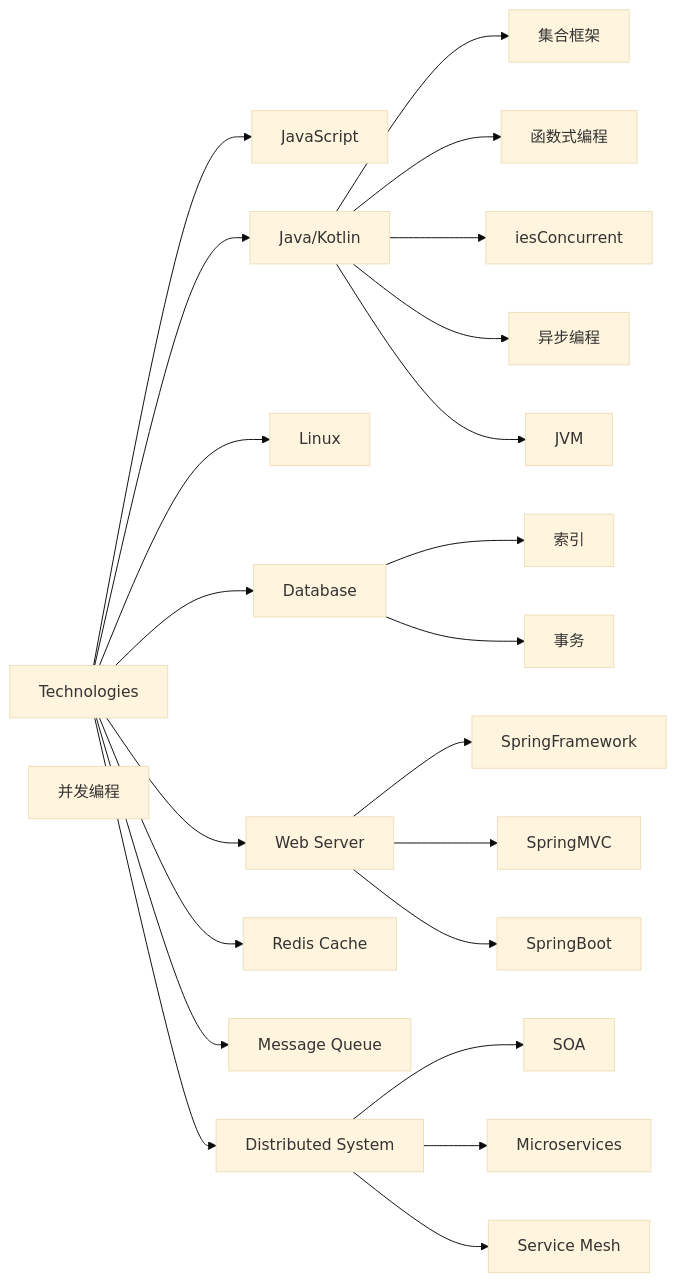
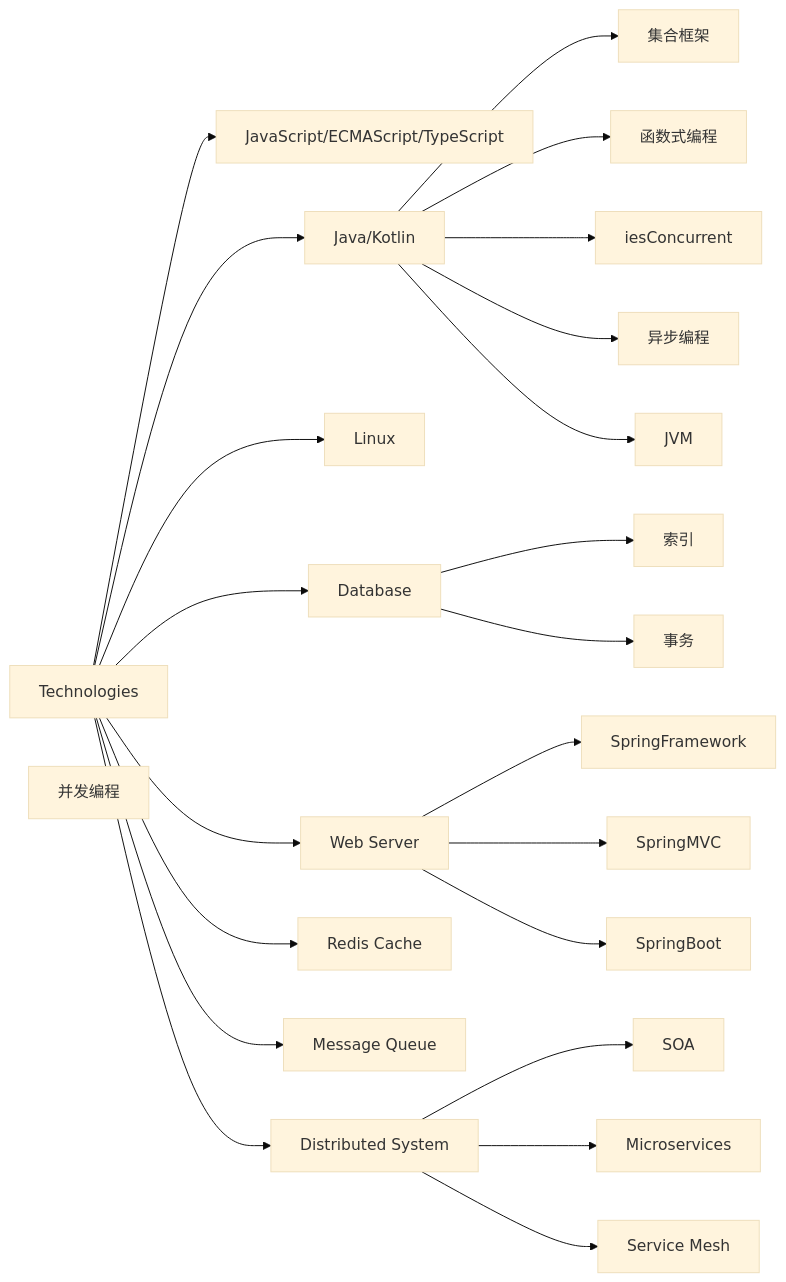
Before and after one commit to xtyuns/xtyuns: the diagram in README.md, drawn with Mermaid (base theme).

Commit message:
ECMAScript technology

````diff
--- a/README.md
+++ b/README.md
@@ -35,54 +35,54 @@
 ```mermaid
 graph LR
     Root[Technologies]
 
-    JS[JavaScript]
-    Root --> JS
+    ES[JavaScript/ECMAScript/TypeScript]
+    Root --> ES
 
     Java[Java/Kotlin]
     Root --> Java
         Collection[集合框架]
         Java --> Collection
         Stream[函数式编程]
         Java --> Stream
         Concurrent[并发编程]
         Java --> iesConcurrent
         Async[异步编程]
         Java --> Async
         JVM[JVM]
         Java --> JVM
 
     Linux[Linux]
     Root --> Linux
 
     DB[Database]
     Root --> DB
         DBIndex[索引]
         DB --> DBIndex
         Transaction[事务]
         DB --> Transaction
 
     WebServer[Web Server]
     Root --> WebServer
         Spring[SpringFramework]
         WebServer --> Spring
         SpringMVC[SpringMVC]
         WebServer --> SpringMVC
         SpringBoot[SpringBoot]
         WebServer --> SpringBoot
 
     Cache[Redis Cache]
     Root --> Cache
 
     MQ[Message Queue]
     Root --> MQ
 
     DS[Distributed System]
     Root --> DS
         SOA[SOA]
         DS --> SOA
         Microservices[Microservices]
         DS --> Microservices
         ServiceMesh[Service Mesh]
         DS --> ServiceMesh
 ```
````
